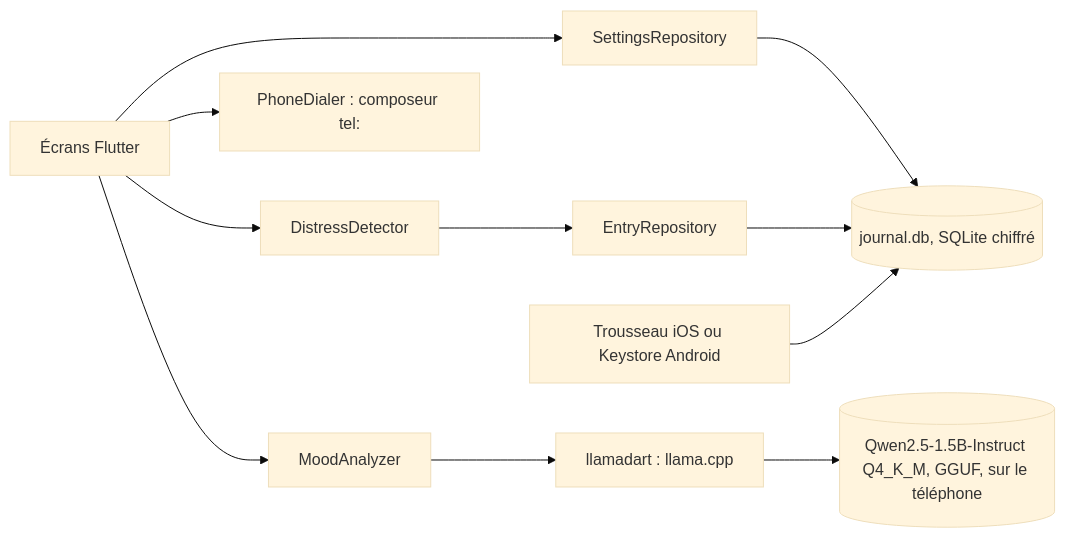
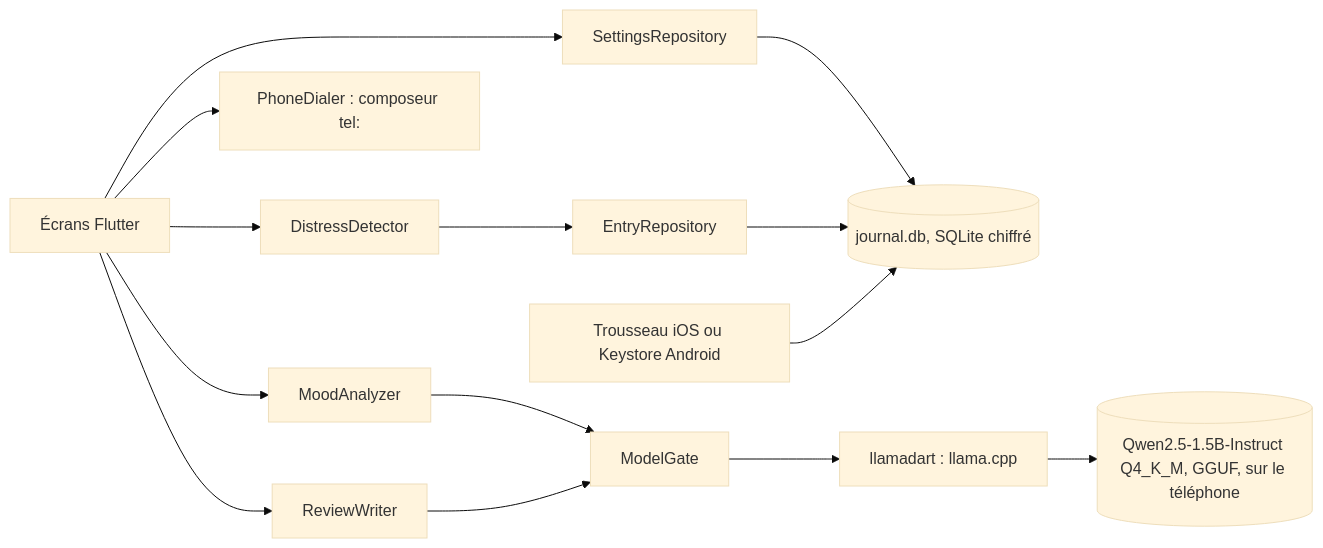
One commit to yanis-vroland/Tidemark changed the first of 2 diagrams in docs/architecture-technique.md. Above: the diagram before and after it, drawn with Mermaid (base theme). The commit also changed other lines of this file and 21 other files, not shown here.

````diff
--- a/docs/architecture-technique.md
+++ b/docs/architecture-technique.md
@@ -11,13 +11,16 @@
 ```mermaid
 flowchart LR
   ui[Écrans Flutter] --> guard[DistressDetector]
   guard --> repo[EntryRepository]
   ui --> settings[SettingsRepository]
   settings --> db
   ui --> dialer[PhoneDialer : composeur tel:]
   repo --> db[(journal.db, SQLite chiffré)]
   key[Trousseau iOS ou Keystore Android] --> db
   ui --> analyzer[MoodAnalyzer]
-  analyzer --> engine[llamadart : llama.cpp]
+  ui --> writer[ReviewWriter]
+  analyzer --> gate[ModelGate]
+  writer --> gate
+  gate --> engine[llamadart : llama.cpp]
   engine --> model[(Qwen2.5-1.5B-Instruct Q4_K_M, GGUF, sur le téléphone)]
 ```
````
